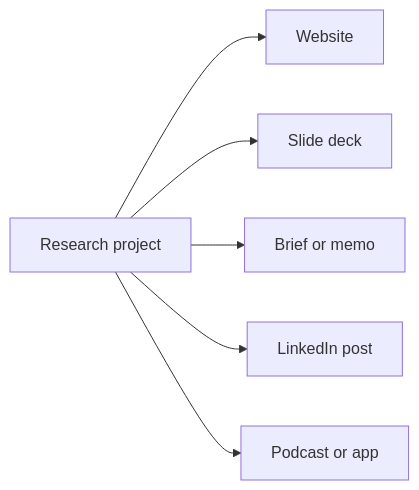
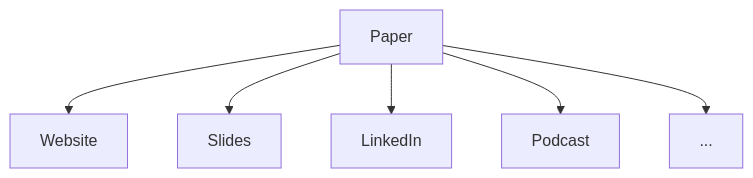
One commit to finnoh/ws_genai_eb changed the second of 2 diagrams in slides/blocks/day2/day2_block6.qmd. Above: the diagram before and after it, drawn with Mermaid. The commit also changed other lines of this file and 286 other files, not shown here.

````diff
--- a/slides/blocks/day2/day2_block6.qmd
+++ b/slides/blocks/day2/day2_block6.qmd
@@ -124,8 +76,9 @@
 ```{mermaid}
-flowchart LR
-  P[Research project] --> W[Website]
-  P --> S[Slide deck]
-  P --> B[Brief or memo]
-  P --> L[LinkedIn post]
-  P --> O[Podcast or app]
+%%| fig-align: center
+flowchart TD
+  P[Paper] --> W[Website]
+  P --> S[Slides]
+  P --> L[LinkedIn]
+  P --> O[Podcast]
+  P --> K[...]
 ```
````
